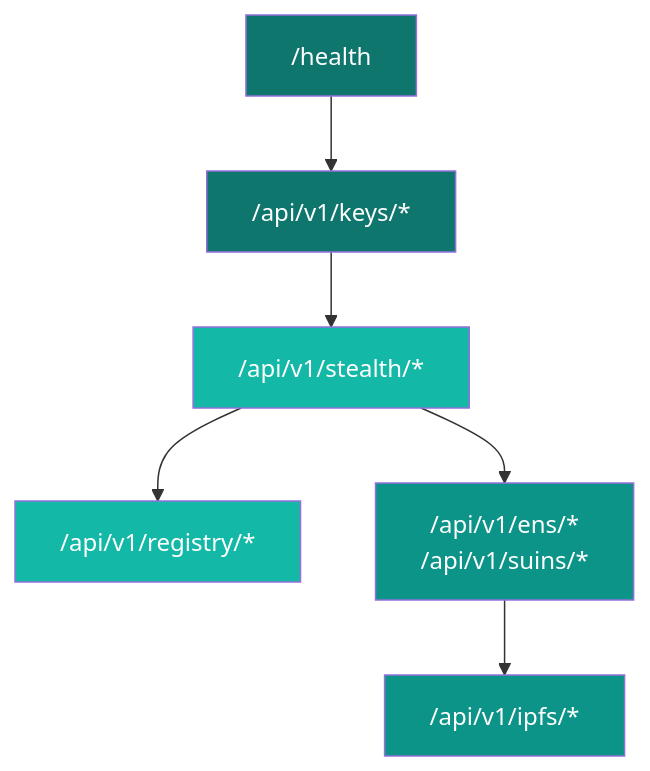
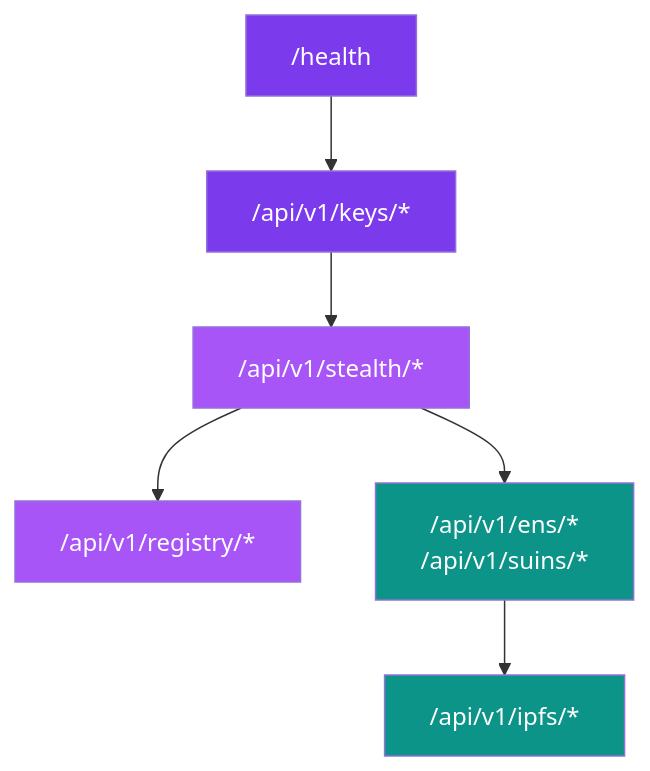
One commit to specter-privacy/docs changed the diagram in docs/api/introduction.mdx. Above: the diagram before and after it, drawn with Mermaid. The commit also changed other lines of this file and 81 other files, not shown here.

````diff
--- a/docs/api/introduction.mdx
+++ b/docs/api/introduction.mdx
@@ -24,15 +24,15 @@
 ```mermaid
 flowchart TD
     Health["/health"] --> Keys["/api/v1/keys/*"]
     Keys --> Stealth["/api/v1/stealth/*"]
     Stealth --> Registry["/api/v1/registry/*"]
     Stealth --> Names["/api/v1/ens/*\n/api/v1/suins/*"]
     Names --> IPFS["/api/v1/ipfs/*"]
 
-    style Health fill:#0F766E,color:#fff
-    style Keys fill:#0F766E,color:#fff
-    style Stealth fill:#14B8A6,color:#fff
-    style Registry fill:#14B8A6,color:#fff
+    style Health fill:#7c3aed,color:#fff
+    style Keys fill:#7c3aed,color:#fff
+    style Stealth fill:#a855f7,color:#fff
+    style Registry fill:#a855f7,color:#fff
     style Names fill:#0d9488,color:#fff
     style IPFS fill:#0d9488,color:#fff
 ```
````
